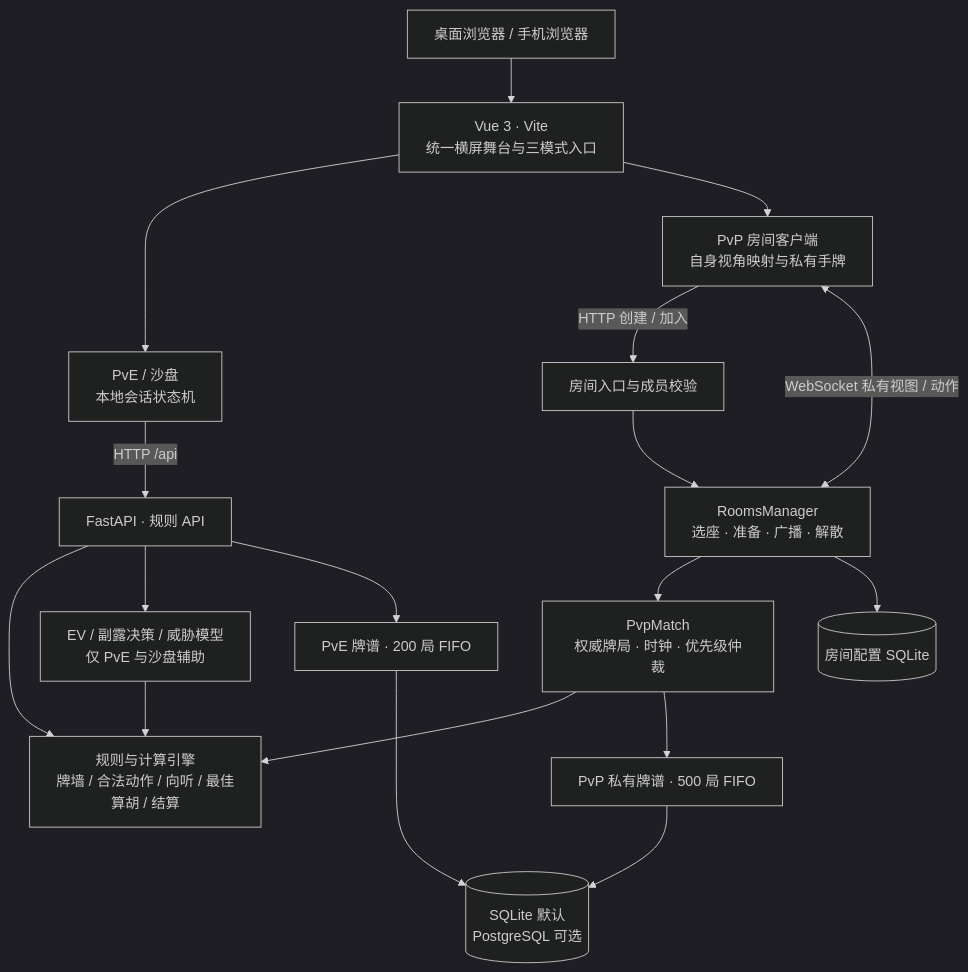
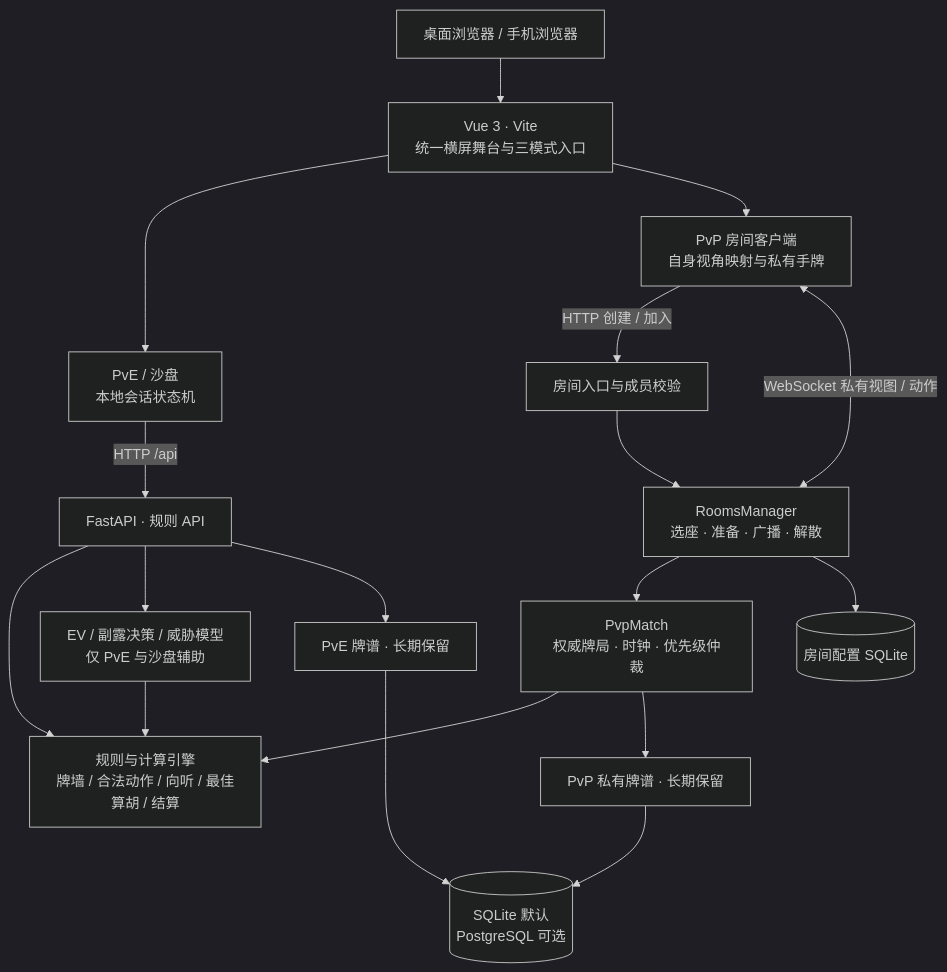
Before and after one commit to Karry1123/DingLongMahjong: the diagram in README.md, drawn with Mermaid (dark theme). The commit also changed other lines of this file and 8 other files, not shown here.

````diff
--- a/README.md
+++ b/README.md
@@ -82,20 +82,20 @@
 ```mermaid
 flowchart TD
     U[桌面浏览器 / 手机浏览器] --> V[Vue 3 · Vite<br/>统一横屏舞台与三模式入口]
     V --> PVE[PvE / 沙盘<br/>本地会话状态机]
     V --> PVP[PvP 房间客户端<br/>自身视角映射与私有手牌]
     PVE -->|HTTP /api| API[FastAPI · 规则 API]
     PVP -->|HTTP 创建 / 加入| ROOM[房间入口与成员校验]
     PVP <-->|WebSocket 私有视图 / 动作| RM[RoomsManager<br/>选座 · 准备 · 广播 · 解散]
     ROOM --> RM
     RM --> MATCH[PvpMatch<br/>权威牌局 · 时钟 · 优先级仲裁]
     API --> ENGINE[规则与计算引擎<br/>牌墙 / 合法动作 / 向听 / 最佳算胡 / 结算]
     API --> EV[EV / 副露决策 / 威胁模型<br/>仅 PvE 与沙盘辅助]
     EV --> ENGINE
     MATCH --> ENGINE
-    MATCH --> ARCHIVE[PvP 私有牌谱 · 500 局 FIFO]
-    API --> RECORD[PvE 牌谱 · 200 局 FIFO]
+    MATCH --> ARCHIVE[PvP 私有牌谱 · 长期保留]
+    API --> RECORD[PvE 牌谱 · 长期保留]
     ARCHIVE --> DB[(SQLite 默认<br/>PostgreSQL 可选)]
     RECORD --> DB
     RM --> ROOMDB[(房间配置 SQLite)]
 ```
````
